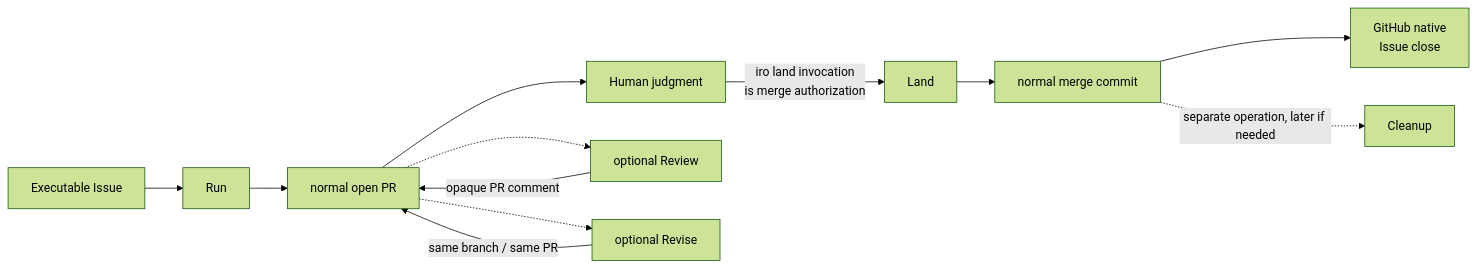
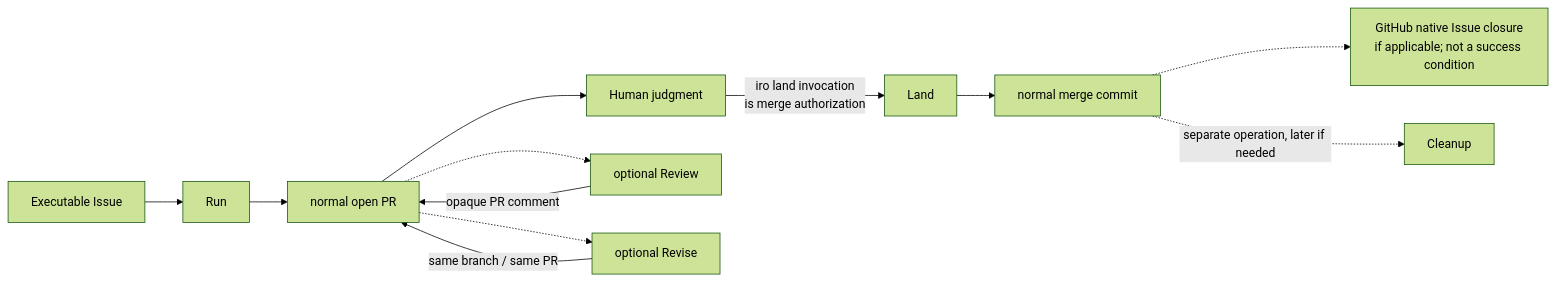
Before and after one commit to r-agatsuma/iro: the second of 7 diagrams in docs/architecture.md, drawn with Mermaid (forest theme). The commit also changed other lines of this file and 5 other files, not shown here.

````diff
--- a/docs/architecture.md
+++ b/docs/architecture.md
@@ -37,14 +39,14 @@
 ```mermaid
 flowchart LR
     ISSUE["Executable Issue"] --> RUN["Run"]
     RUN --> PR["normal open PR"]
     PR --> HUMAN["Human judgment"]
     PR -.-> REVIEW["optional Review"]
     REVIEW -->|"opaque PR comment"| PR
     PR -.-> REVISE["optional Revise"]
     REVISE -->|"same branch / same PR"| PR
     HUMAN -->|"iro land invocation<br/>is merge authorization"| LAND["Land"]
     LAND --> MERGE["normal merge commit"]
-    MERGE --> CLOSE["GitHub native<br/>Issue close"]
+    MERGE -.-> CLOSE["GitHub native Issue closure<br/>if applicable; not a success condition"]
     MERGE -.->|"separate operation, later if needed"| CLEANUP["Cleanup"]
 ```
````
